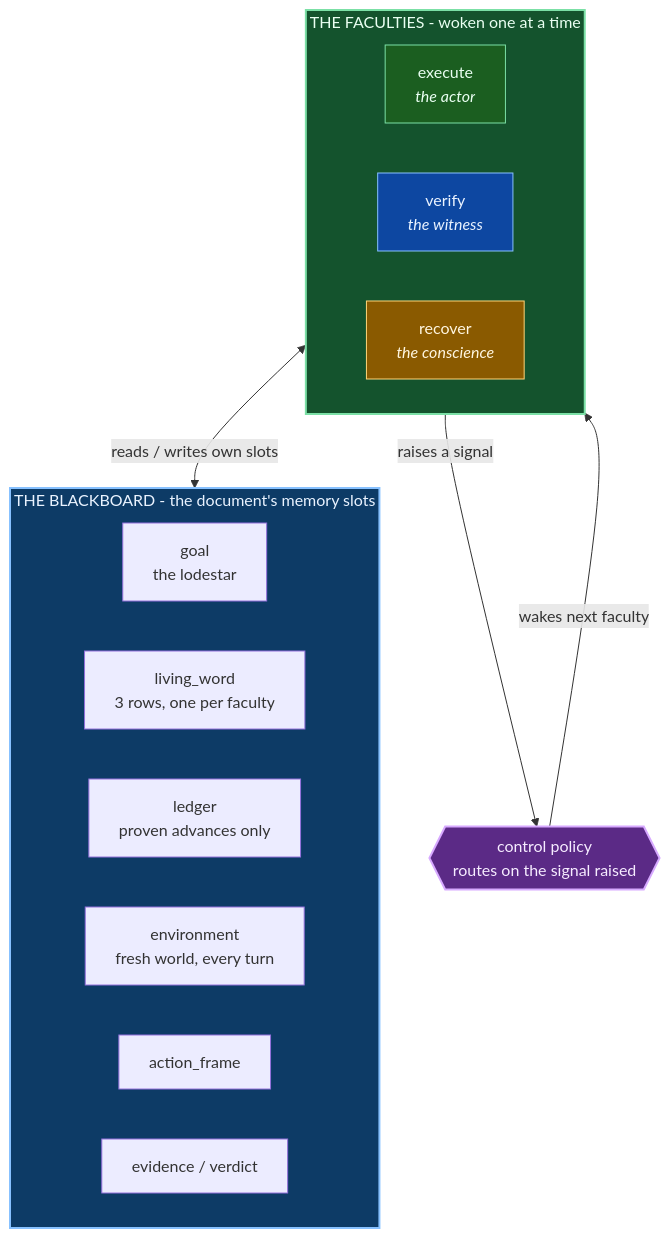
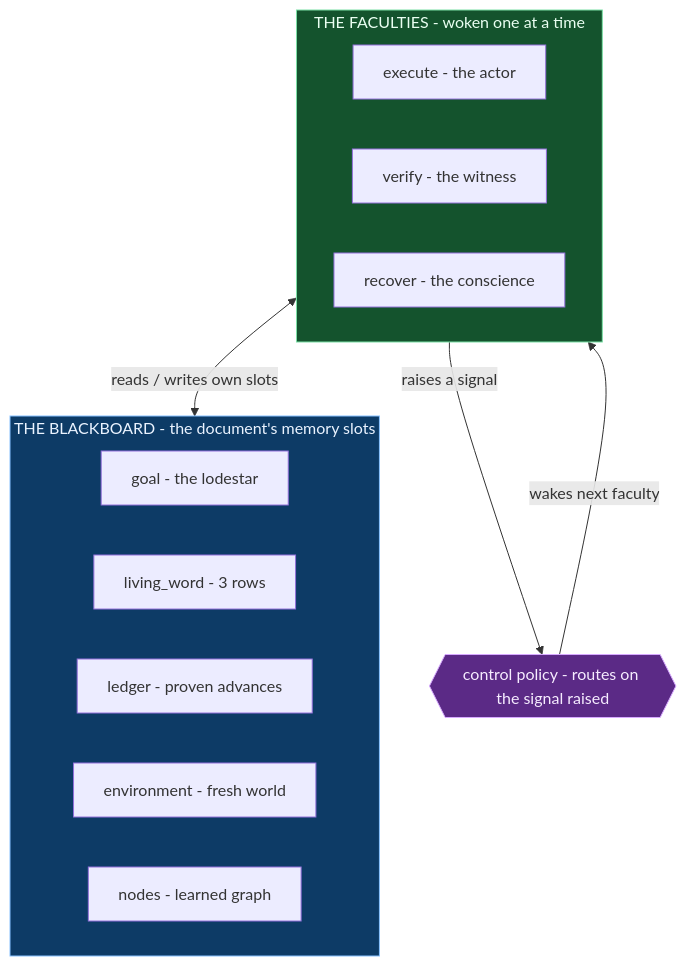
Before and after one commit to wgabrys88/endgame-ai: the third of 10 diagrams in README.md, drawn with Mermaid. The commit also changed other lines of this file, not shown here.

````diff
--- a/README.md
+++ b/README.md
@@ -89,32 +121,24 @@
 ```mermaid
 flowchart TB
     subgraph BB["THE BLACKBOARD - the document's memory slots"]
         direction LR
-        G["goal<br/>the lodestar"]
-        LW["living_word<br/>3 rows, one per faculty"]
-        LED["ledger<br/>proven advances only"]
-        ENV["environment<br/>fresh world, every turn"]
-        AF["action_frame"]
-        EV["evidence / verdict"]
+        G["goal - the lodestar"]
+        LW["living_word - 3 rows"]
+        LED["ledger - proven advances"]
+        ENV["environment - fresh world"]
+        ND["nodes - learned graph"]
     end
-
     subgraph FAC["THE FACULTIES - woken one at a time"]
         direction LR
-        EX["execute<br/><i>the actor</i>"]
-        VE["verify<br/><i>the witness</i>"]
-        RE["recover<br/><i>the conscience</i>"]
+        EX["execute - the actor"]
+        VE["verify - the witness"]
+        RE["recover - the conscience"]
     end
-
-    CTRL{{"control policy<br/>routes on the signal raised"}}
-
+    CTRL{{"control policy - routes on the signal raised"}}
     FAC <-->|reads / writes own slots| BB
     FAC -->|raises a signal| CTRL
     CTRL -->|wakes next faculty| FAC
-
-    style BB fill:#0d3b66,stroke:#87c1ff,stroke-width:2px,color:#eaf3ff
-    style FAC fill:#14532d,stroke:#7be0a6,stroke-width:2px,color:#eafff2
-    style CTRL fill:#5b2a86,stroke:#d7a9ff,stroke-width:2px,color:#f6ecff
-    style EX fill:#1b5e20,stroke:#7be0a6,color:#eafff2
-    style VE fill:#0d47a1,stroke:#87c1ff,color:#eaf3ff
-    style RE fill:#8a5a00,stroke:#ffd479,color:#fff6e0
+    style BB fill:#0d3b66,stroke:#87c1ff,color:#eaf3ff
+    style FAC fill:#14532d,stroke:#7be0a6,color:#eafff2
+    style CTRL fill:#5b2a86,stroke:#d7a9ff,color:#f6ecff
 ```
````
